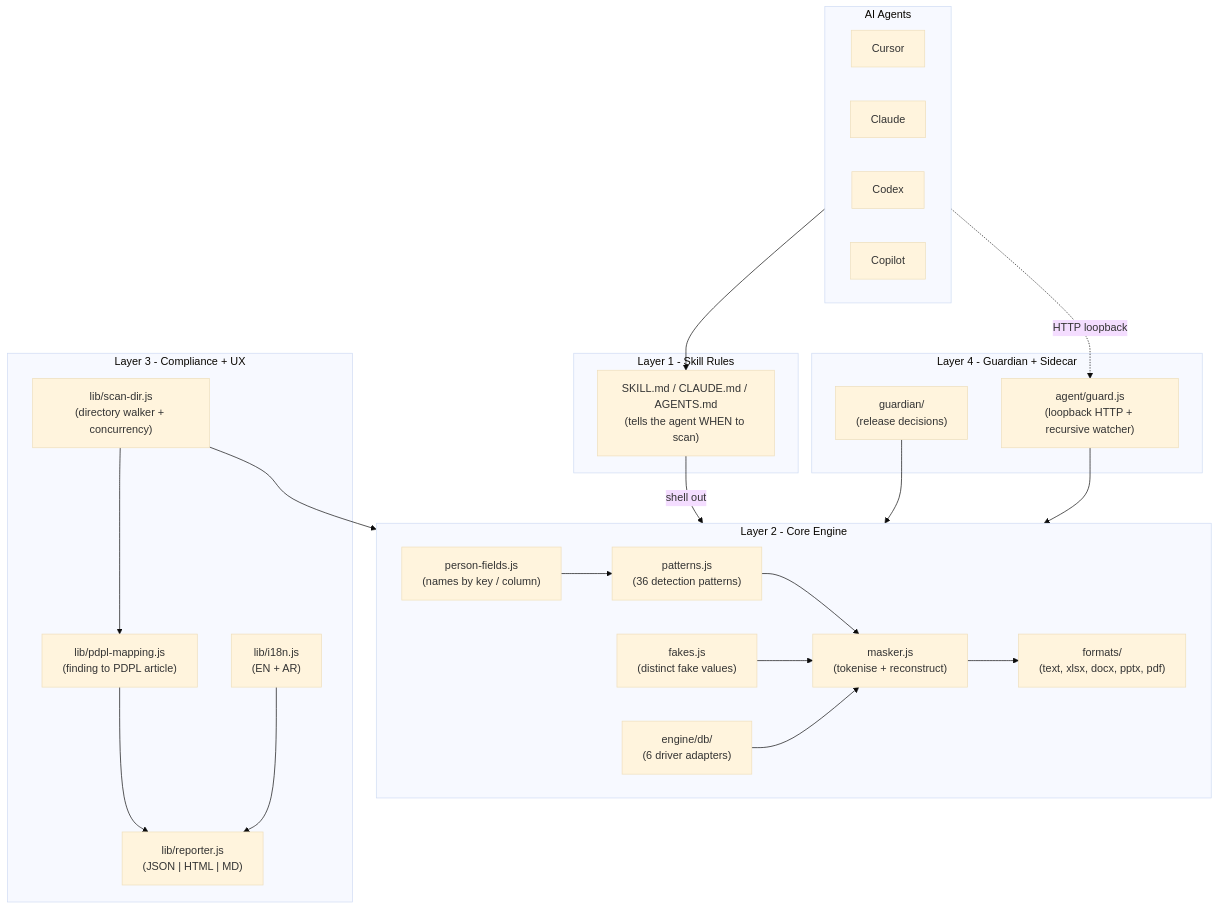
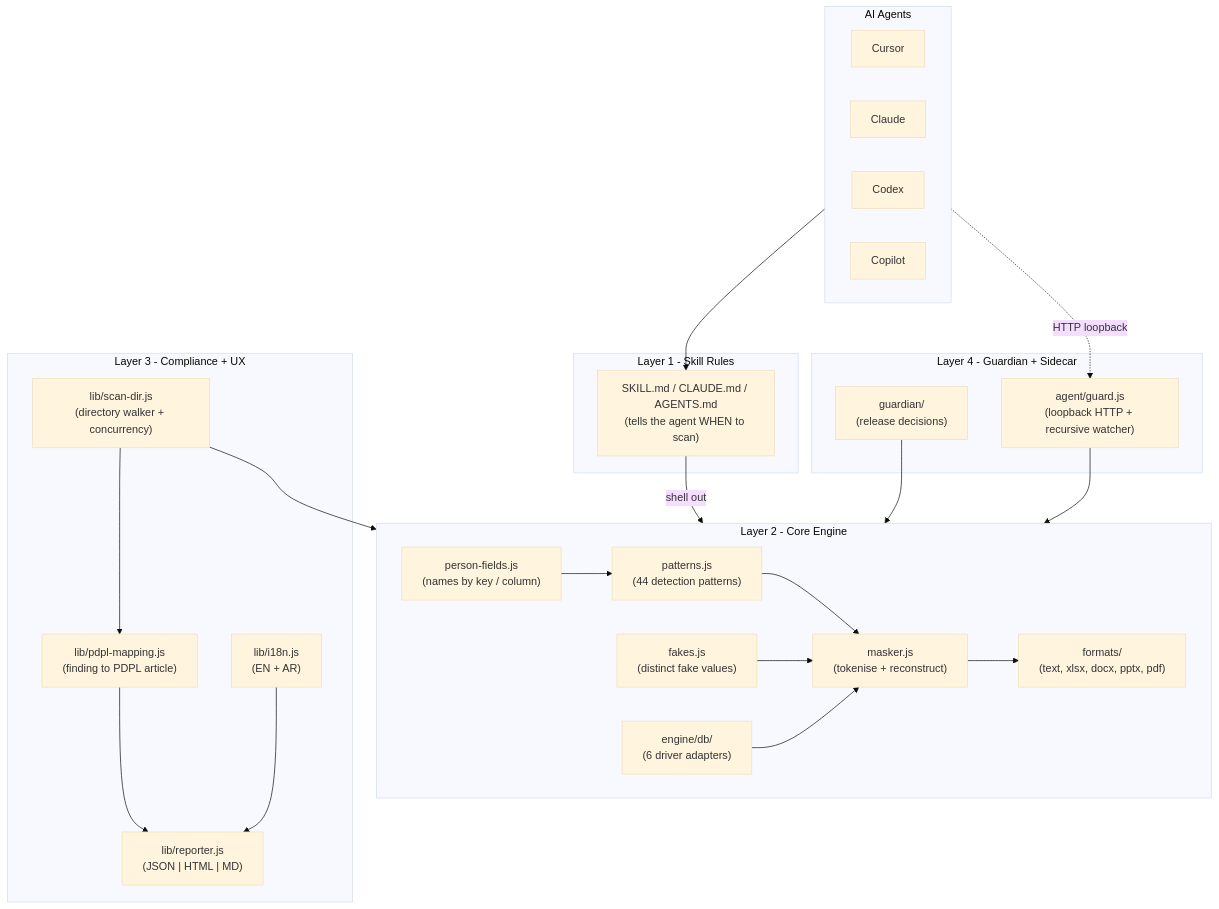
One commit to oalriyami/kakashi changed the first of 4 diagrams in docs/ARCHITECTURE.md. Above: the diagram before and after it, drawn with Mermaid (base theme). The commit also changed other lines of this file and 7 other files, not shown here.

````diff
--- a/docs/ARCHITECTURE.md
+++ b/docs/ARCHITECTURE.md
@@ -17,45 +17,45 @@
 ```mermaid
 flowchart TB
   subgraph L1 [Layer 1 - Skill Rules]
     SkillMD["SKILL.md / CLAUDE.md / AGENTS.md<br/>(tells the agent WHEN to scan)"]
   end
   subgraph L2 [Layer 2 - Core Engine]
-    Patterns["patterns.js<br/>(36 detection patterns)"]
+    Patterns["patterns.js<br/>(44 detection patterns)"]
     Fields["person-fields.js<br/>(names by key / column)"]
     Masker["masker.js<br/>(tokenise + reconstruct)"]
     Fakes["fakes.js<br/>(distinct fake values)"]
     Formats["formats/<br/>(text, xlsx, docx, pptx, pdf)"]
     DB["engine/db/<br/>(6 driver adapters)"]
     Fields --> Patterns
     Patterns --> Masker
     Fakes --> Masker
     Masker --> Formats
     DB --> Masker
   end
   subgraph L3 [Layer 3 - Compliance + UX]
     Pdpl["lib/pdpl-mapping.js<br/>(finding to PDPL article)"]
     Reporter["lib/reporter.js<br/>(JSON | HTML | MD)"]
     ScanDir["lib/scan-dir.js<br/>(directory walker + concurrency)"]
     I18n["lib/i18n.js<br/>(EN + AR)"]
     Pdpl --> Reporter
     ScanDir --> Pdpl
     I18n --> Reporter
   end
   subgraph L4 [Layer 4 - Guardian + Sidecar]
     Guardian["guardian/<br/>(release decisions)"]
     Guard["agent/guard.js<br/>(loopback HTTP + recursive watcher)"]
   end
   subgraph AGENTS [AI Agents]
     Cursor
     Claude
     Codex
     Copilot
   end
 
   AGENTS --> SkillMD
   SkillMD -->|shell out| L2
   ScanDir --> L2
   Guardian --> L2
   Guard --> L2
   AGENTS -.HTTP loopback.-> Guard
 ```
````
